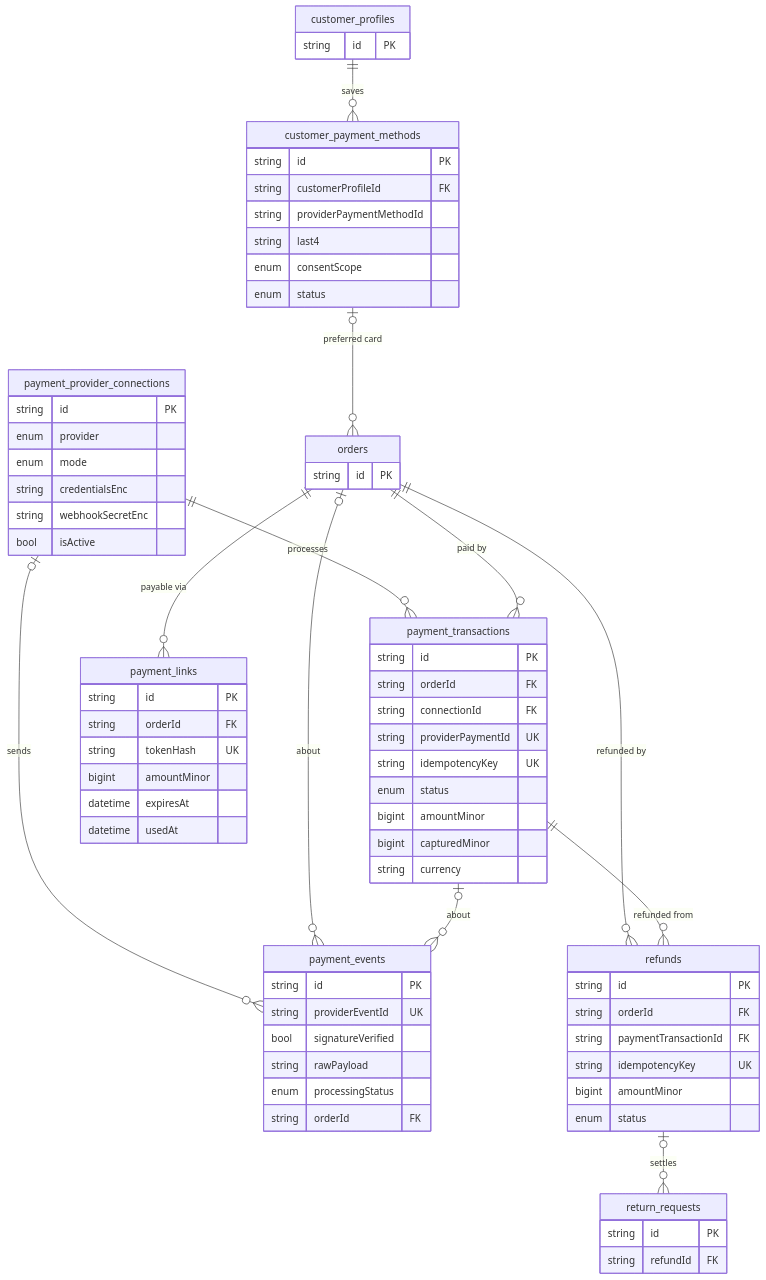
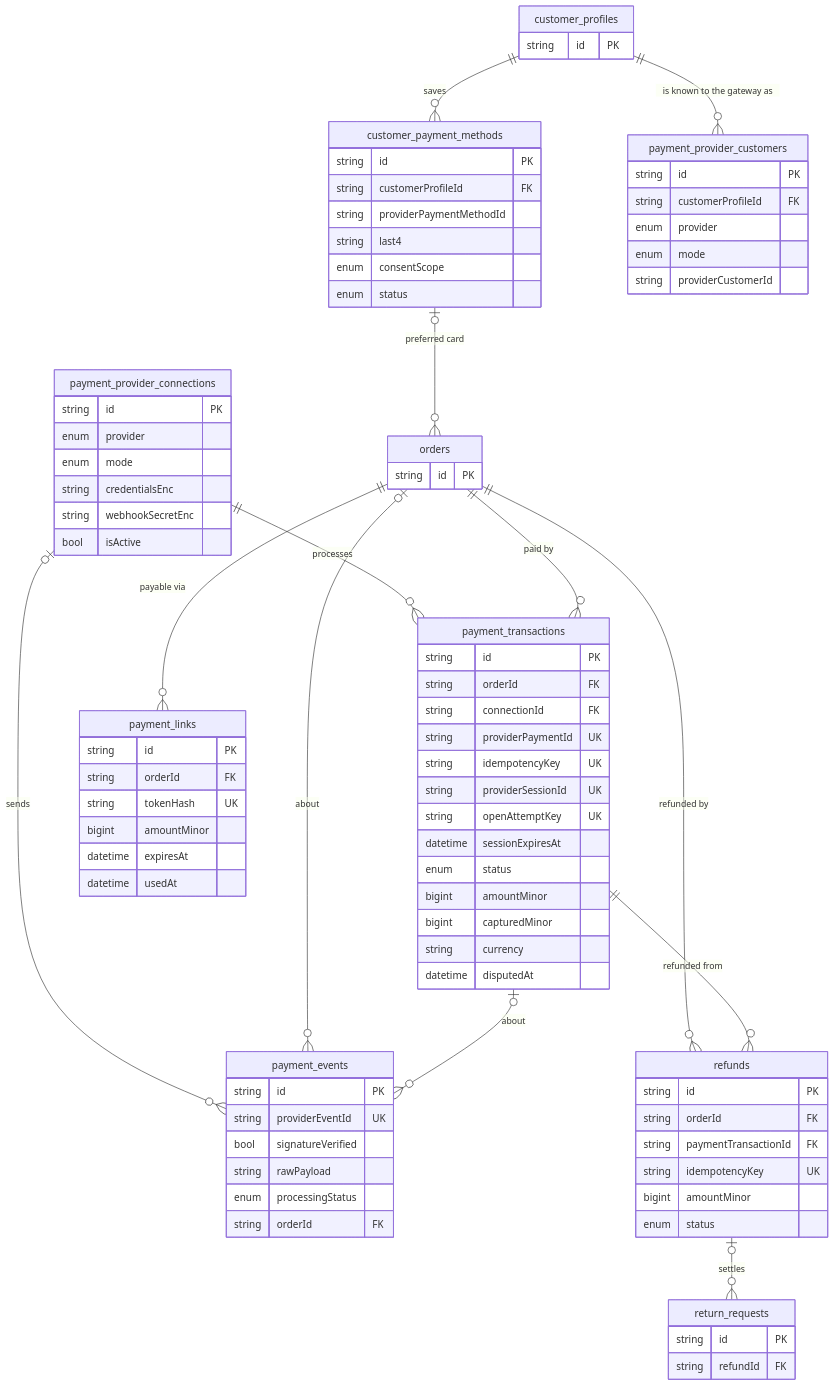
One commit to UBoss-AI/UBoss-Sourcing changed the ninth of 39 diagrams in docs/DATABASE-DESIGN.md. Above: the diagram before and after it, drawn with Mermaid. The commit also changed other lines of this file and 236 other files, not shown here.

```diff
--- a/docs/DATABASE-DESIGN.md
+++ b/docs/DATABASE-DESIGN.md
@@ -1574,6 +1603,7 @@
     payment_transactions |o--o{ payment_events : "about"
     refunds |o--o{ return_requests : "settles"
     customer_profiles ||--o{ customer_payment_methods : "saves"
+    customer_profiles ||--o{ payment_provider_customers : "is known to the gateway as"
     customer_payment_methods |o--o{ orders : "preferred card"
     payment_provider_connections {
         string id PK
@@ -1589,10 +1619,21 @@
         string connectionId FK
         string providerPaymentId UK
         string idempotencyKey UK
+        string providerSessionId UK
+        string openAttemptKey UK
+        datetime sessionExpiresAt
         enum status
         bigint amountMinor
         bigint capturedMinor
         string currency
+        datetime disputedAt
+    }
+    payment_provider_customers {
+        string id PK
+        string customerProfileId FK
+        enum provider
+        enum mode
+        string providerCustomerId
     }
     payment_events {
         string id PK
```
